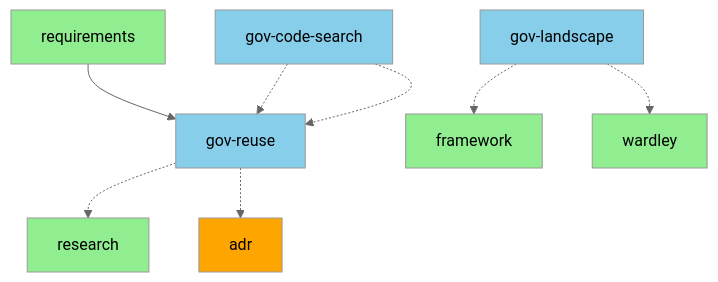
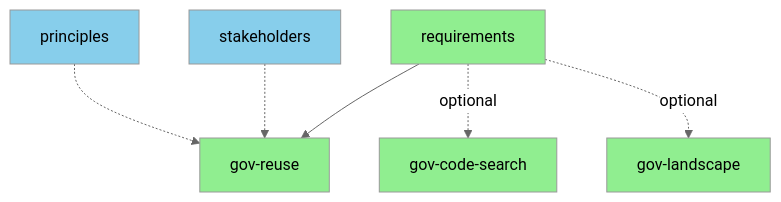
One commit to tractorjuice/arc-kit changed the tenth of 14 diagrams in docs/WORKFLOW-DIAGRAMS.md. Above: the diagram before and after it, drawn with Mermaid (neutral theme). The commit also changed other lines of this file, not shown here.

First line of the commit message:
docs: redraw WORKFLOW-DIAGRAMS.md from the dependency data

````diff
--- a/docs/WORKFLOW-DIAGRAMS.md
+++ b/docs/WORKFLOW-DIAGRAMS.md
@@ -863,24 +1139,22 @@
 ```mermaid
 graph TD
-    %% Prerequisites
-    A[requirements] --> B[gov-reuse]
-    C[gov-code-search] -.-> B
+    principles[principles]
+    stakeholders[stakeholders]
+    requirements[requirements]
+    gov_reuse[gov-reuse]
+    gov_code_search[gov-code-search]
+    gov_landscape[gov-landscape]
 
-    %% Discovery flow
-    B -.-> D[research]
-    B -.-> E[adr]
+    requirements --> gov_reuse
+    principles -.-> gov_reuse
+    stakeholders -.-> gov_reuse
+    requirements -. optional .-> gov_code_search
+    requirements -. optional .-> gov_landscape
 
-    %% Landscape analysis
-    F[gov-landscape] -.-> G[framework]
-    F -.-> H[wardley]
-    C -.-> B
-
-    style A fill:#90EE90
-    style B fill:#87CEEB
-    style C fill:#87CEEB
-    style D fill:#90EE90
-    style E fill:#FFA500
-    style F fill:#87CEEB
-    style G fill:#90EE90
-    style H fill:#90EE90
+    style principles fill:#87CEEB
+    style stakeholders fill:#87CEEB
+    style requirements fill:#90EE90
+    style gov_reuse fill:#90EE90
+    style gov_code_search fill:#90EE90
+    style gov_landscape fill:#90EE90
 ```
````
